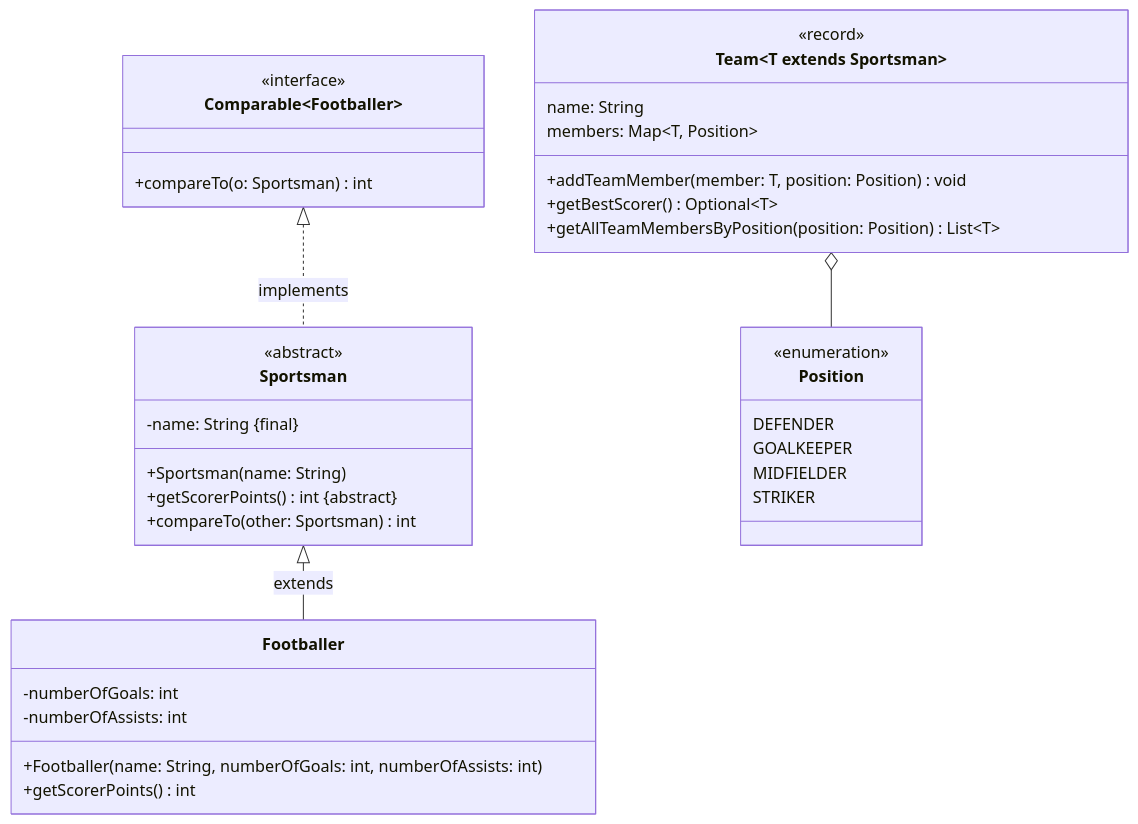
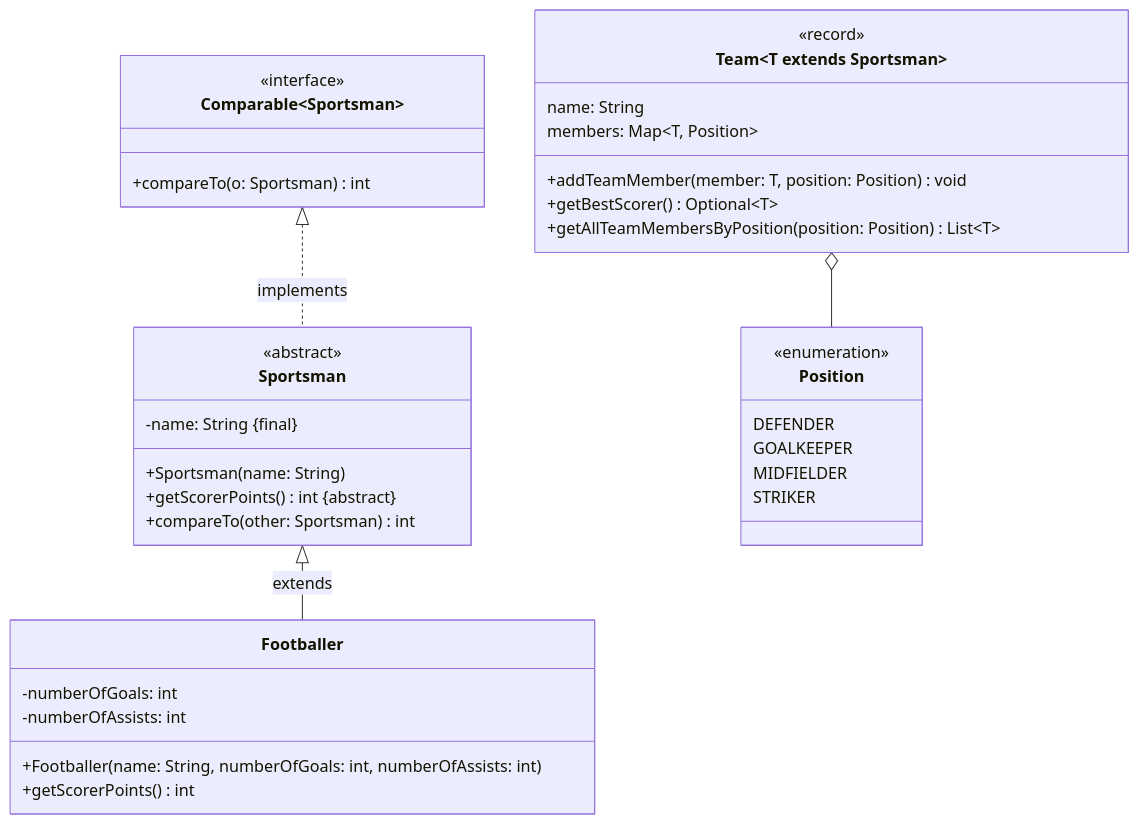
One commit to jappuccini/java-docs changed the diagram in docs/exam-exercises/exam-exercises-java2/team.md. Above: the diagram before and after it, drawn with Mermaid.

````diff
--- a/docs/exam-exercises/exam-exercises-java2/team.md
+++ b/docs/exam-exercises/exam-exercises-java2/team.md
@@ -23,43 +23,43 @@
 ```mermaid
 classDiagram
     Sportsman <|-- Footballer : extends
     Team~T extends Sportsman~ o-- Position
-    Comparable~Footballer~ <|.. Sportsman : implements
+    Comparable~Sportsman~ <|.. Sportsman : implements
 
     class Footballer {
         -numberOfGoals: int
         -numberOfAssists: int
         +Footballer(name: String, numberOfGoals: int, numberOfAssists: int)
         +getScorerPoints() int
     }
 
     class Position {
         <<enumeration>>
         DEFENDER
         GOALKEEPER
         MIDFIELDER
         STRIKER
     }
 
     class Sportsman {
         <<abstract>>
         -name: String &#123final&#125
         +Sportsman(name: String)
         +getScorerPoints() int &#123abstract&#125
         +compareTo(other: Sportsman) int
     }
 
     class Team~T extends Sportsman~ {
         <<record>>
         name: String
         members: Map~T, Position~
         +addTeamMember(member: T, position: Position) void
         +getBestScorer() Optional~T~
         +getAllTeamMembersByPosition(position: Position) List~T~
     }
 
     class Comparable~Sportsman~ {
         <<interface>>
         +compareTo(o: Sportsman) int
     }
 ```
````
